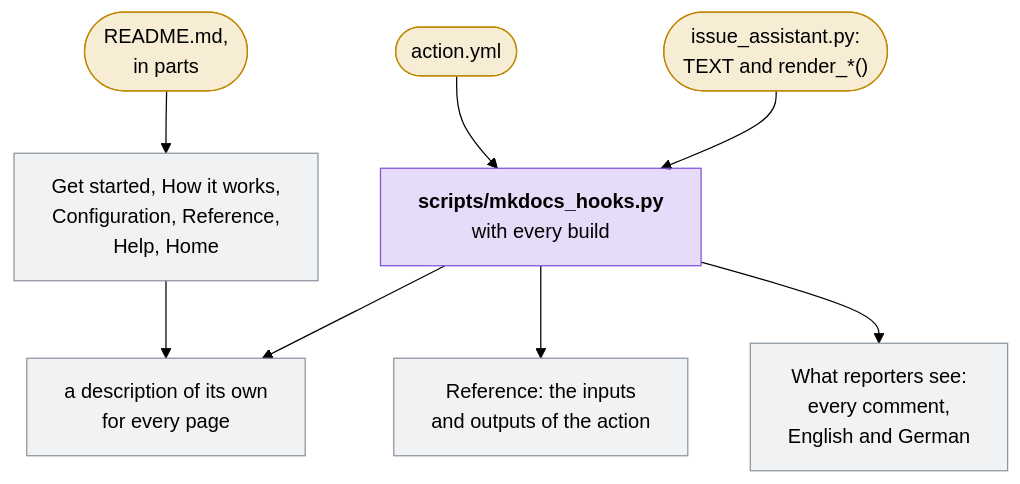
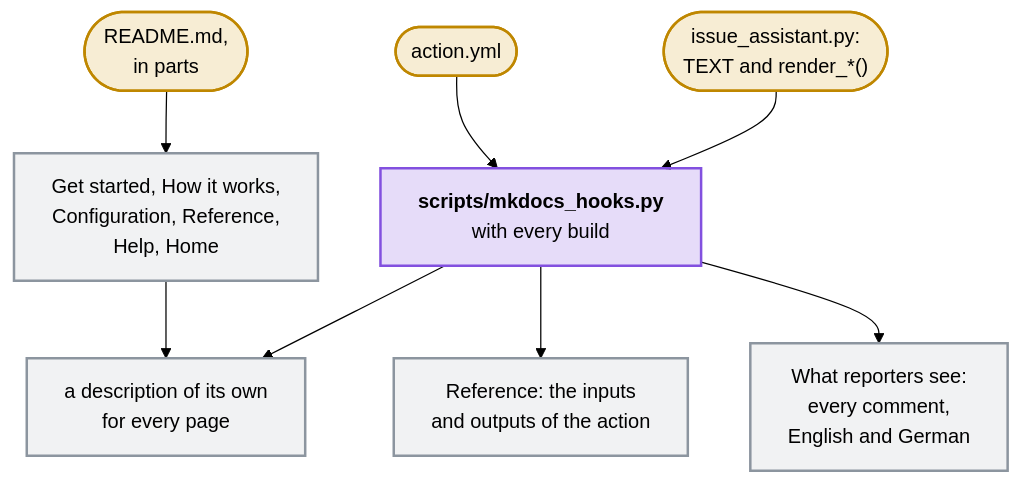
Before and after one commit to Dennis-Otto/issue-assistant: the first of 2 diagrams in CONTRIBUTING.md, drawn with Mermaid (forest theme). The commit also changed other lines of this file and 4 other files, not shown here.

First line of the commit message:
docs: accessible top-to-bottom diagrams, and three new ones (#82)

````diff
--- a/CONTRIBUTING.md
+++ b/CONTRIBUTING.md
@@ -80,18 +80,18 @@
 ```mermaid
 flowchart TB
   accTitle: Where the pages of the website come from
   accDescr: The parts of the README become the pages Get started, How it works, Configuration, Reference, Help and the quick start of the home page. The hook of the website makes every comment of What reporters see from the functions and texts of issue_assistant.py, and the tables of the inputs and outputs on the Reference from action.yml. Every page gets a description of its own, from its front matter or its first paragraph.
   readme(["README.md,<br/>in parts"]) --> pages["Get started, How it works,<br/>Configuration, Reference,<br/>Help, Home"]
   script(["issue_assistant.py:<br/>TEXT and render_*()"]) --> hook
   action(["action.yml"]) --> hook
   hook["<b>scripts/mkdocs_hooks.py</b><br/>with every build"] --> comments["What reporters see:<br/>every comment,<br/>English and German"]
   hook --> tables["Reference: the inputs<br/>and outputs of the action"]
   hook --> described["a description of its own<br/>for every page"]
   pages --> described
-  classDef source fill:#d4a72c33,stroke:#bf8700
-  classDef code fill:#8250df33,stroke:#8250df
-  classDef page fill:#8c959f1f,stroke:#8c959f
+  classDef source fill:#d4a72c33,stroke:#bf8700,stroke-width:2px
+  classDef code fill:#8250df33,stroke:#8250df,stroke-width:2px
+  classDef page fill:#8c959f1f,stroke:#8c959f,stroke-width:2px
   class readme,script,action source
   class hook code
   class pages,comments,tables,described page
 ```
````
